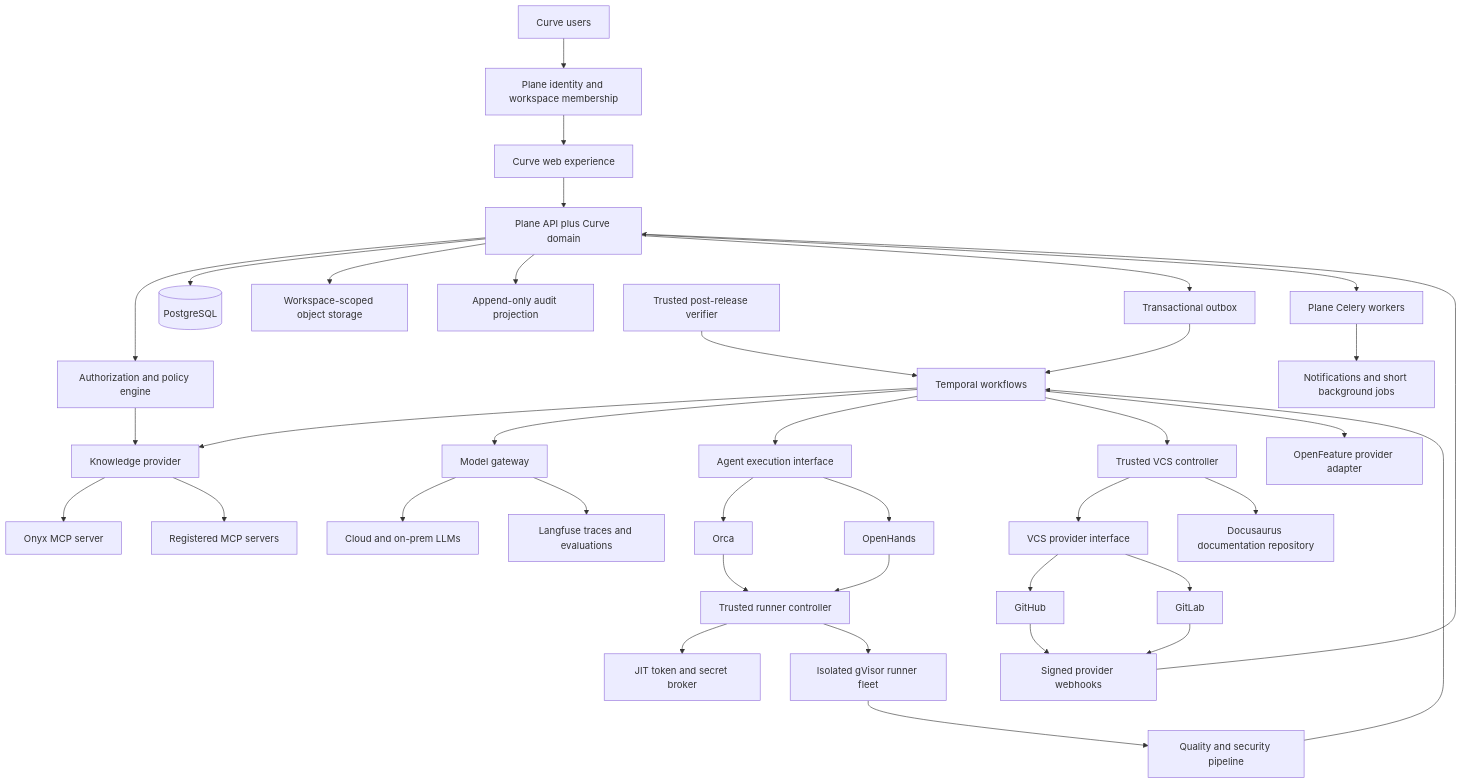
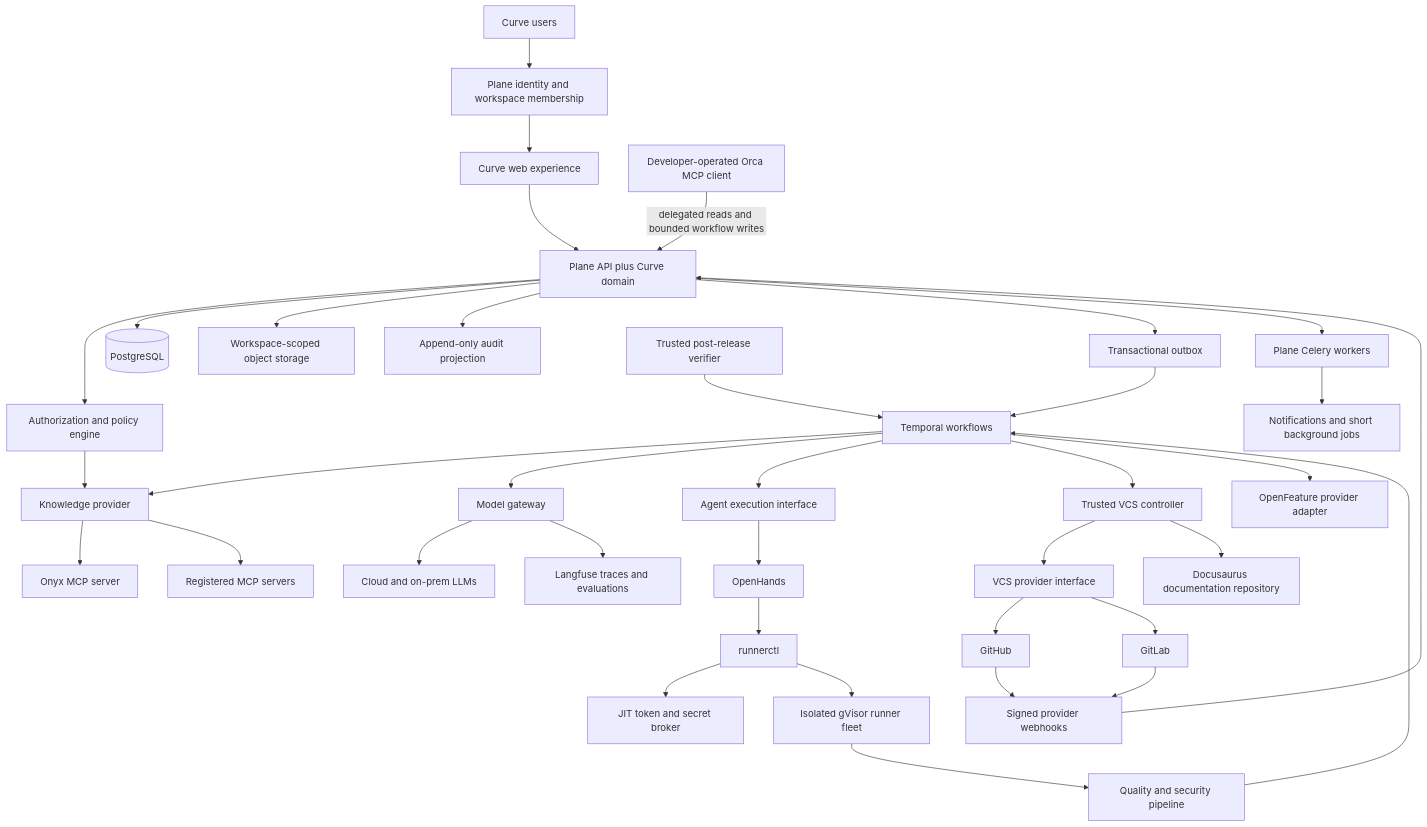
One commit to faocampo/curve changed the second of 3 diagrams in docs/curve-ai-native-sdlc-prd.md. Above: the diagram before and after it, drawn with Mermaid. The commit also changed other lines of this file and 79 other files, not shown here.

````diff
--- a/docs/curve-ai-native-sdlc-prd.md
+++ b/docs/curve-ai-native-sdlc-prd.md
@@ -582,46 +589,45 @@
 ```mermaid
 flowchart TB
     user["Curve users"] --> idp["Plane identity and workspace membership"]
     idp --> ui["Curve web experience"]
     ui --> api["Plane API plus Curve domain"]
     api --> policy["Authorization and policy engine"]
     api --> db[("PostgreSQL")]
     api --> objects["Workspace-scoped object storage"]
     api --> audit["Append-only audit projection"]
     api --> outbox[Transactional outbox]
     outbox --> temporal[Temporal workflows]
 
     temporal --> knowledge[Knowledge provider]
     knowledge --> onyx[Onyx MCP server]
     knowledge --> mcp[Registered MCP servers]
     policy --> knowledge
 
     temporal --> models[Model gateway]
     models --> llms[Cloud and on-prem LLMs]
     models --> langfuse[Langfuse traces and evaluations]
 
     temporal --> agents[Agent execution interface]
-    agents --> orca[Orca]
     agents --> openhands[OpenHands]
-    orca --> runnerctl["Trusted runner controller"]
     openhands --> runnerctl
+    orca["Developer-operated Orca MCP client"] -->|"delegated reads and bounded workflow writes"| api
     runnerctl --> secrets["JIT token and secret broker"]
     runnerctl --> runners["Isolated gVisor runner fleet"]
 
     temporal --> vcsctl["Trusted VCS controller"]
     vcsctl --> vcs[VCS provider interface]
     vcs --> github[GitHub]
     vcs --> gitlab[GitLab]
     temporal --> featureflags[OpenFeature provider adapter]
     vcsctl --> docs[Docusaurus documentation repository]
 
     runners --> quality[Quality and security pipeline]
     quality --> temporal
     monitor["Trusted post-release verifier"] --> temporal
     github --> webhooks[Signed provider webhooks]
     gitlab --> webhooks
     webhooks --> api
 
     api --> celery[Plane Celery workers]
     celery --> notifications[Notifications and short background jobs]
 ```
````
